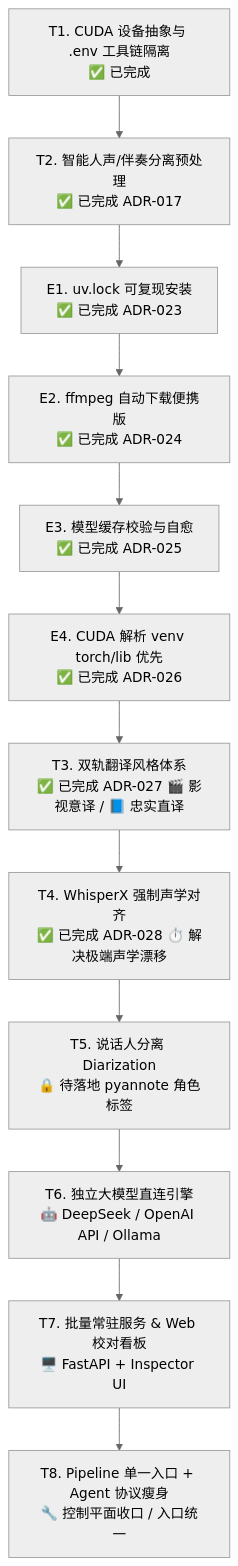
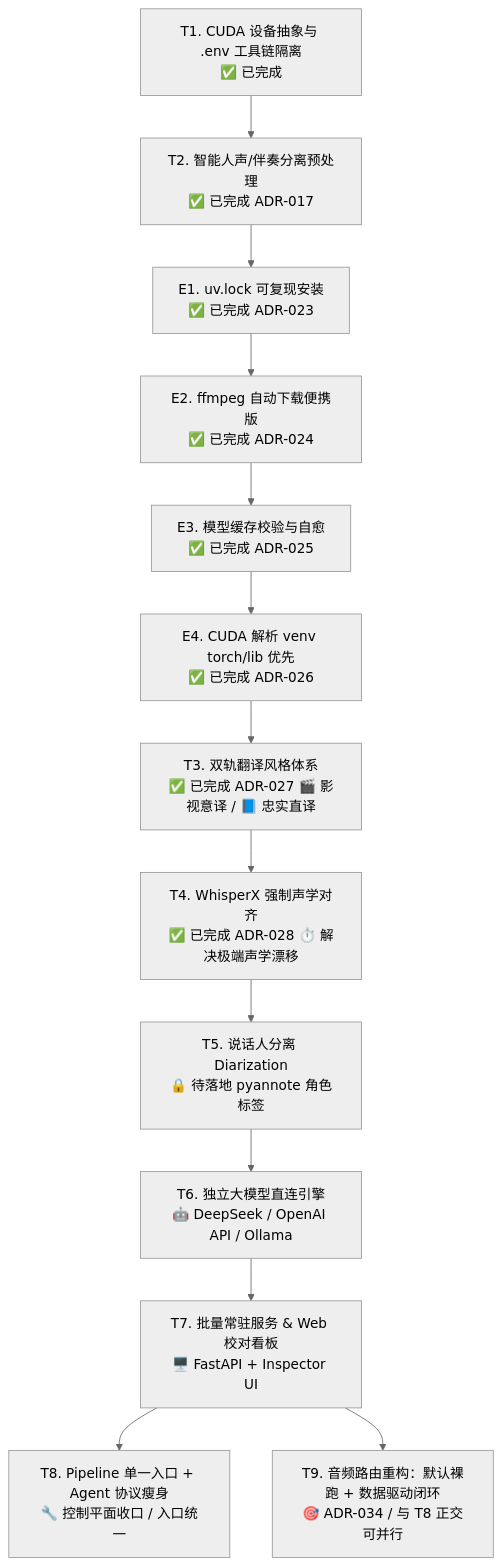
One commit to brosnan2800/video-translate changed the diagram in MAJOR_VERSION_PLAN.md. Above: the diagram before and after it, drawn with Mermaid (neutral theme). The commit also changed other lines of this file and 16 other files, not shown here.

First line of the commit message:
feat: ADR-034 §6.1 默认裸跑 + §6.2 双信号 review/G1/G2 + doctor ffmpeg 硬失败

````diff
--- a/MAJOR_VERSION_PLAN.md
+++ b/MAJOR_VERSION_PLAN.md
@@ -47,14 +47,15 @@
 ```mermaid
 flowchart TD
     T1[T1. CUDA 设备抽象与 .env 工具链隔离<br/>✅ 已完成] --> T2[T2. 智能人声/伴奏分离预处理<br/>✅ 已完成 ADR-017]
     T2 --> E1[E1. uv.lock 可复现安装<br/>✅ 已完成 ADR-023]
     E1 --> E2[E2. ffmpeg 自动下载便携版<br/>✅ 已完成 ADR-024]
     E2 --> E3[E3. 模型缓存校验与自愈<br/>✅ 已完成 ADR-025]
     E3 --> E4[E4. CUDA 解析 venv torch/lib 优先<br/>✅ 已完成 ADR-026]
     E4 --> T3[T3. 双轨翻译风格体系<br/>✅ 已完成 ADR-027 🎬 影视意译 / 📘 忠实直译]
     T3 --> T4[T4. WhisperX 强制声学对齐<br/>✅ 已完成 ADR-028 ⏱️ 解决极端声学漂移]
     T4 --> T5[T5. 说话人分离 Diarization<br/>🔒 待落地 pyannote 角色标签]
     T5 --> T6[T6. 独立大模型直连引擎<br/>🤖 DeepSeek / OpenAI API / Ollama]
     T6 --> T7[T7. 批量常驻服务 & Web 校对看板<br/>🖥️ FastAPI + Inspector UI]
     T7 --> T8[T8. Pipeline 单一入口 + Agent 协议瘦身<br/>🔧 控制平面收口 / 入口统一]
+    T7 --> T9[T9. 音频路由重构：默认裸跑 + 数据驱动闭环<br/>🎯 ADR-034 / 与 T8 正交可并行]
 ```
````
